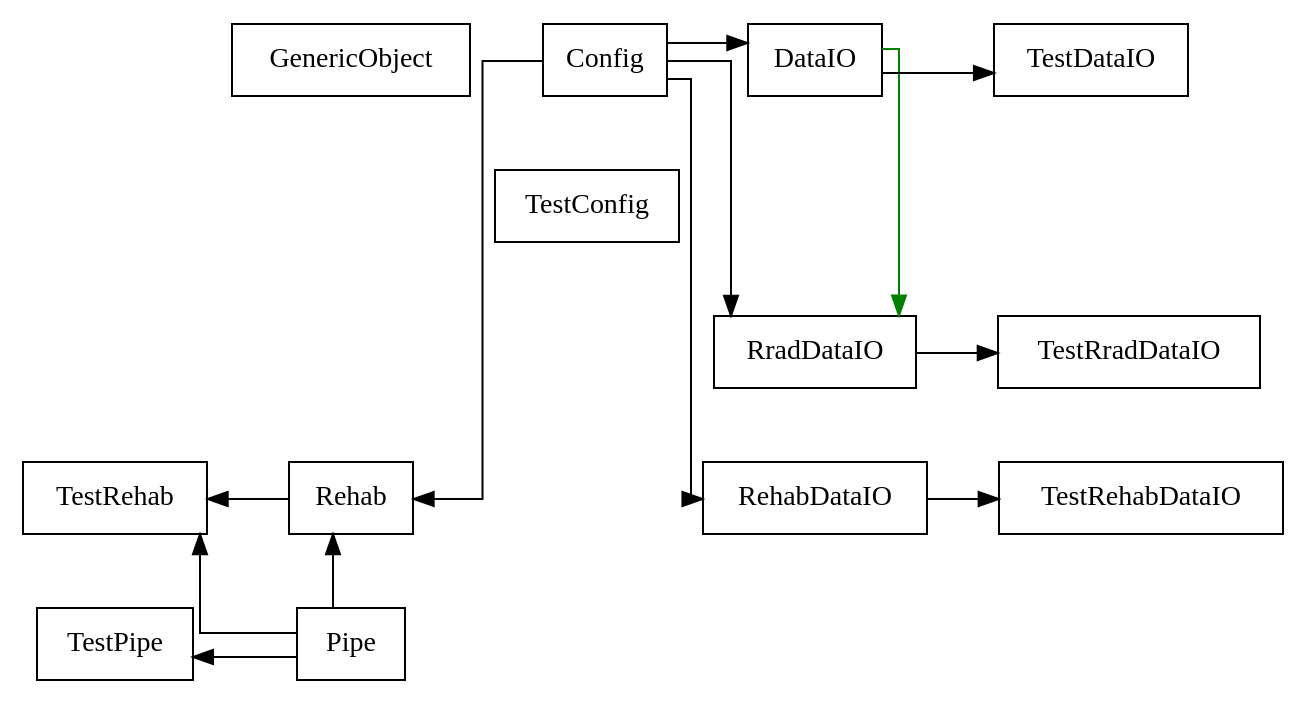
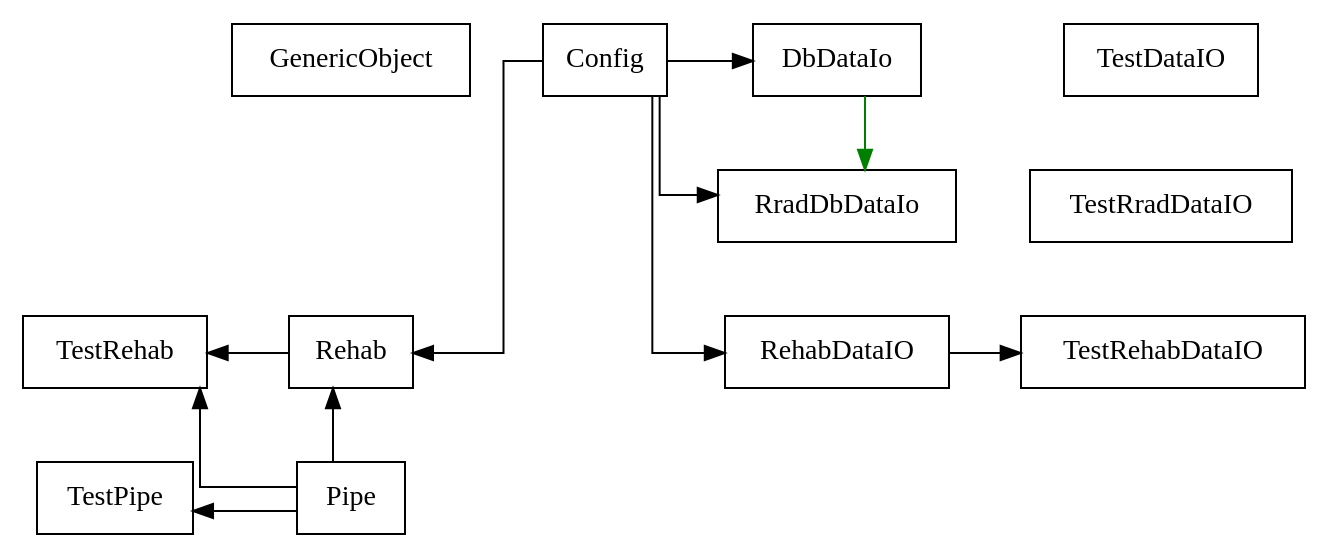
Before and after one commit to PDXBES/ModelCatalog: the diagram in docs/Class_Diagram_Tool/names_only_finalRRAD.dot, drawn with Graphviz. The commit also changed 29 other files, not shown here.

Commit message:
Updates to class diagrams and control files

```diff
--- a/docs/Class_Diagram_Tool/names_only_finalRRAD.dot
+++ b/docs/Class_Diagram_Tool/names_only_finalRRAD.dot
@@ -1,52 +1,45 @@
 digraph "classes" {
 charset="utf-8"
 nodesep=0.5;
 rankdir="TB";
 edge [ constraint=False ];
 splines="ortho";
 "Config"[label= "Config" , shape="record"];
-"DataIO"[label= "DataIO" , shape="record"];
+"DbDataIo"[label= "DbDataIo" , shape="record"];
 "GenericObject"[label= "GenericObject" , shape="record"];
 "Pipe"[label= "Pipe" , shape="record"];
 "Rehab"[label= "Rehab" , shape="record"];
 "RehabDataIO"[label= "RehabDataIO" , shape="record"];
-"RradDataIO"[label= "RradDataIO" , shape="record"];
-"TestConfig"[label= "TestConfig" , shape="record"];
+"RradDbDataIo"[label= "RradDbDataIo" , shape="record"];
 "TestDataIO"[label= "TestDataIO" , shape="record"];
 "TestPipe"[label= "TestPipe" , shape="record"];
 "TestRehab"[label= "TestRehab" , shape="record"];
 "TestRehabDataIO"[label= "TestRehabDataIO" , shape="record"];
 "TestRradDataIO"[label= "TestRradDataIO" , shape="record"];
 
 "_d0" [label="_d0", shape="record" style=invis];
 "_d1" [label="_d1", shape="record" style=invis];
+"_d2" [label="_d2", shape="record" style=invis];
+"_d3" [label="_d3", shape="record" style=invis];
+"_d4" [label="_d4", shape="record" style=invis];
 "_d5" [label="_d5", shape="record" style=invis];
-"_d2" [label="_d2", shape="record" style=invis];
 "_d6" [label="_d6", shape="record" style=invis];
 "_d7" [label="_d7", shape="record" style=invis];
-"_d8" [label="_d8", shape="record" style=invis];
-"_d9" [label="_d9", shape="record" style=invis];
-"_d3" [label="_d3", shape="record" style=invis];
-"_d10" [label="_d10", shape="record" style=invis];
-"_d4" [label="_d4", shape="record" style=invis];
-"_d11" [label="_d11", shape="record" style=invis];
 
-{rank= tb "_d0"->"_d1"->"_d5"->"TestRehab"->"TestPipe" [constraint=true style=invis]};
-{rank= tb "GenericObject"->"_d2"->"_d6"->"Rehab"->"Pipe" [constraint=true style=invis]};
-{rank= tb "Config"->"TestConfig"->"_d7"->"_d8"->"_d9" [constraint=true style=invis]};
-{rank= tb "DataIO"->"_d3"->"RradDataIO"->"RehabDataIO"->"_d10" [constraint=true style=invis]};
-{rank= tb "TestDataIO"->"_d4"->"TestRradDataIO"->"TestRehabDataIO"->"_d11" [constraint=true style=invis]};
-{rank= same _d1->_d2->TestConfig->_d3->_d4 [constraint=True style=invis]};
-"Config"->"DataIO";
-"DataIO"->"TestDataIO";
-"Config"->"RradDataIO";
-"RradDataIO"->"TestRradDataIO";
+{rank= tb "_d0"->"_d1"->"TestRehab"->"TestPipe" [constraint=true style=invis]};
+{rank= tb "GenericObject"->"_d2"->"Rehab"->"Pipe" [constraint=true style=invis]};
+{rank= tb "Config"->"_d3"->"_d4"->"_d5" [constraint=true style=invis]};
+{rank= tb "DbDataIo"->"RradDbDataIo"->"RehabDataIO"->"_d6" [constraint=true style=invis]};
+{rank= tb "TestDataIO"->"TestRradDataIO"->"TestRehabDataIO"->"_d7" [constraint=true style=invis]};
+{rank= same _d1->_d2->_d3->RradDbDataIo->TestRradDataIO [constraint=True style=invis]};
+"Config"->"DbDataIo";
+"Config"->"RradDbDataIo";
 "Rehab"->"TestRehab";
 "Pipe"->"TestRehab";
 "Config"->"Rehab";
 "Pipe"->"Rehab";
 "Config"->"RehabDataIO";
 "RehabDataIO"->"TestRehabDataIO";
 "Pipe"->"TestPipe";
-"DataIO"->"RradDataIO" [color="green"];
+"DbDataIo"->"RradDbDataIo" [color="green"];
 }
```
